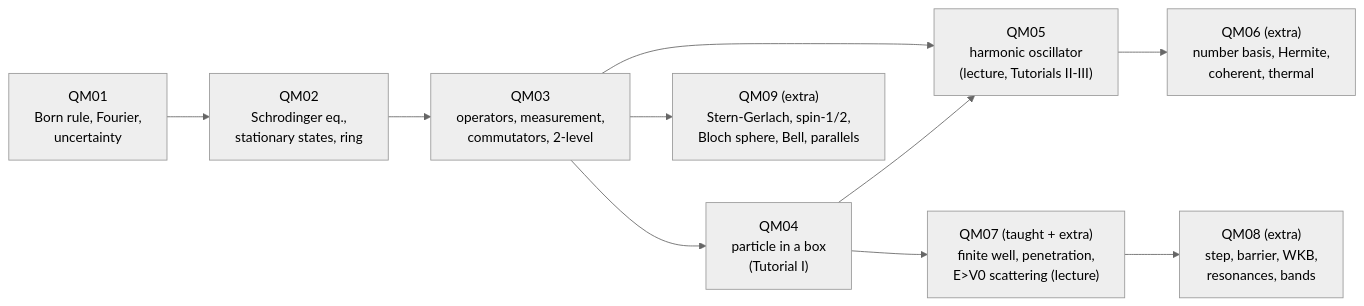
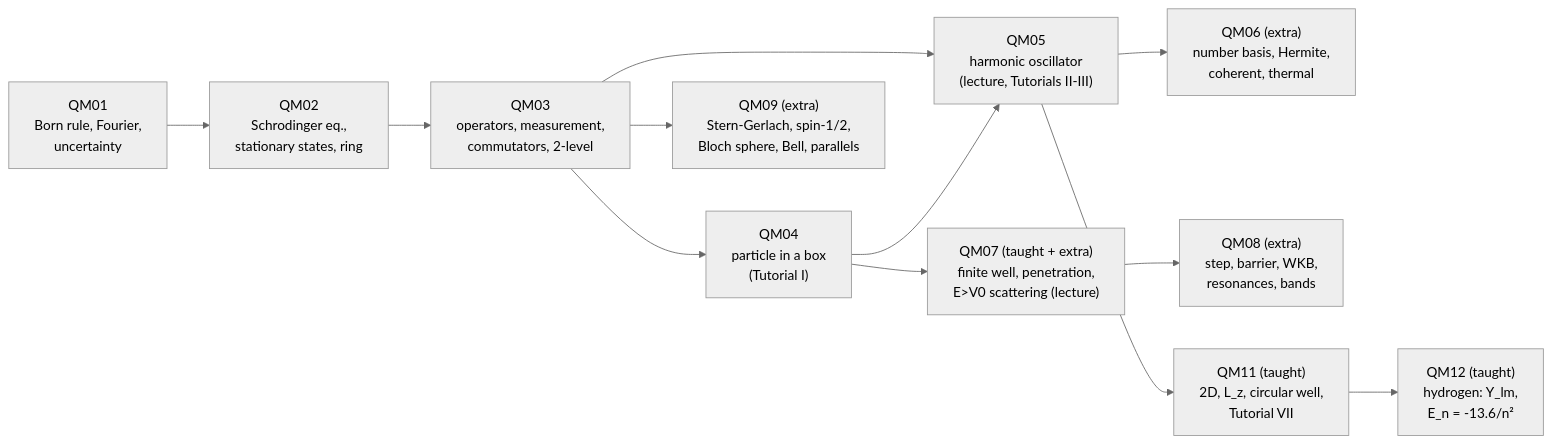
The diagram in 06-Quantum-Mechanics/Quantum Mechanics - Course Map.md (etswastik712/notes), drawn with Mermaid (neutral theme) before and after one commit. The commit also changed other lines of this file and 1436 other files, not shown here.

````diff
--- a/06-Quantum-Mechanics/Quantum Mechanics - Course Map.md
+++ b/06-Quantum-Mechanics/Quantum Mechanics - Course Map.md
@@ -21,12 +27,14 @@
 ```mermaid
 flowchart LR
   A["QM01<br/>Born rule, Fourier,<br/>uncertainty"] --> B["QM02<br/>Schrodinger eq.,<br/>stationary states, ring"]
   B --> C["QM03<br/>operators, measurement,<br/>commutators, 2-level"]
   C --> D["QM04<br/>particle in a box<br/>(Tutorial I)"]
   C --> E["QM05<br/>harmonic oscillator<br/>(lecture, Tutorials II-III)"]
   D --> E
   E --> F["QM06 (extra)<br/>number basis, Hermite,<br/>coherent, thermal"]
   D --> G["QM07 (taught + extra)<br/>finite well, penetration,<br/>E>V0 scattering (lecture)"]
   G --> H["QM08 (extra)<br/>step, barrier, WKB,<br/>resonances, bands"]
   C --> I["QM09 (extra)<br/>Stern-Gerlach, spin-1/2,<br/>Bloch sphere, Bell, parallels"]
+  E --> J["QM11 (taught)<br/>2D, L_z, circular well,<br/>Tutorial VII"]
+  J --> K["QM12 (taught)<br/>hydrogen: Y_lm,<br/>E_n = -13.6/n²"]
 ```
````
